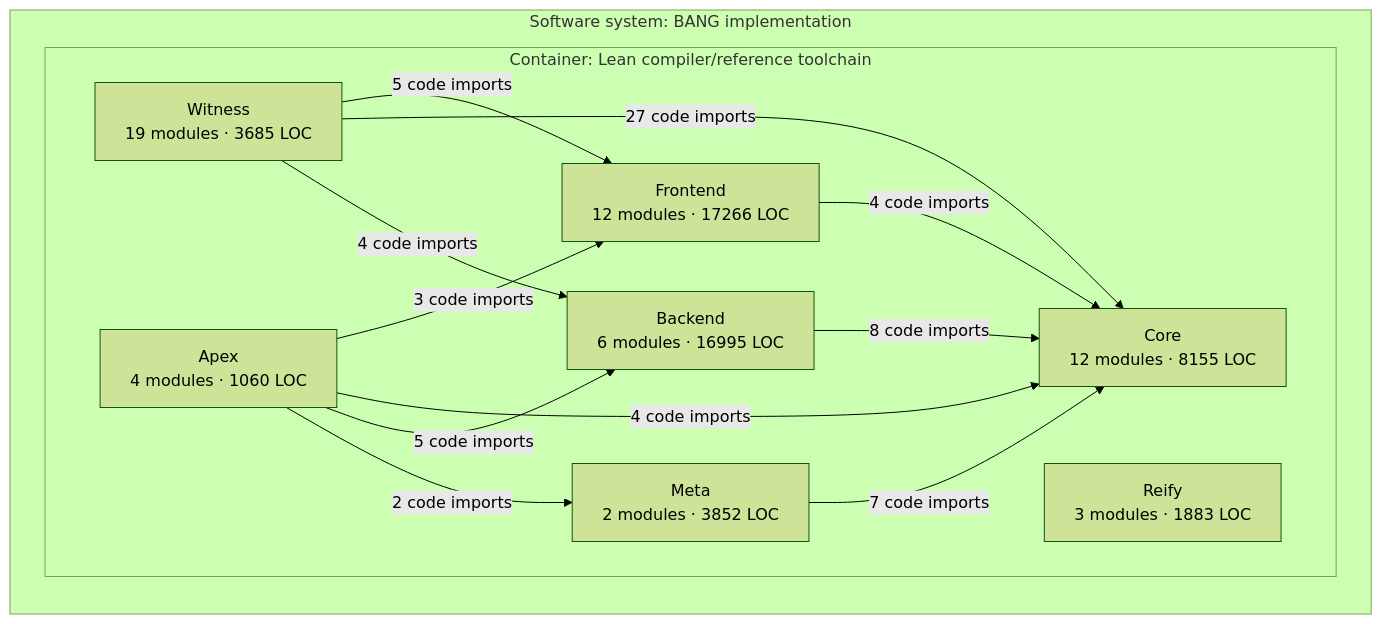
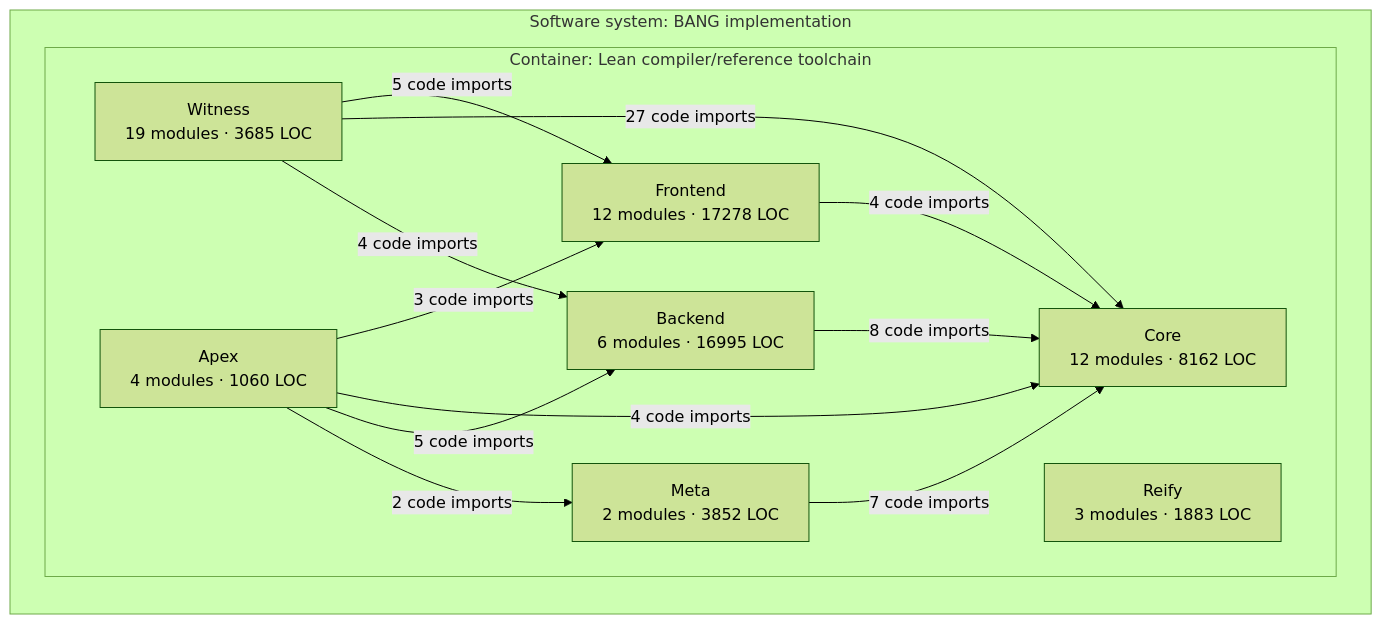
Before and after one commit to phibkro/bang: the third of 3 diagrams in docs/architecture/core-overview.md, drawn with Mermaid (forest theme). The commit also changed other lines of this file and 4 other files, not shown here.

````diff
--- a/docs/architecture/core-overview.md
+++ b/docs/architecture/core-overview.md
@@ -160,24 +160,24 @@
 ```mermaid
 flowchart LR
   subgraph system_BANG["Software system: BANG implementation"]
     subgraph container_Lean_toolchain["Container: Lean compiler/reference toolchain"]
-      component_Frontend["Frontend<br/>12 modules · 17266 LOC"]
-      component_Core["Core<br/>12 modules · 8155 LOC"]
+      component_Frontend["Frontend<br/>12 modules · 17278 LOC"]
+      component_Core["Core<br/>12 modules · 8162 LOC"]
       component_Backend["Backend<br/>6 modules · 16995 LOC"]
       component_Meta["Meta<br/>2 modules · 3852 LOC"]
       component_Witness["Witness<br/>19 modules · 3685 LOC"]
       component_Reify["Reify<br/>3 modules · 1883 LOC"]
       component_Apex["Apex<br/>4 modules · 1060 LOC"]
     end
   end
   component_Frontend -->|4 code imports| component_Core
   component_Backend -->|8 code imports| component_Core
   component_Meta -->|7 code imports| component_Core
   component_Witness -->|5 code imports| component_Frontend
   component_Witness -->|27 code imports| component_Core
   component_Witness -->|4 code imports| component_Backend
   component_Apex -->|3 code imports| component_Frontend
   component_Apex -->|4 code imports| component_Core
   component_Apex -->|5 code imports| component_Backend
   component_Apex -->|2 code imports| component_Meta
 ```
````
